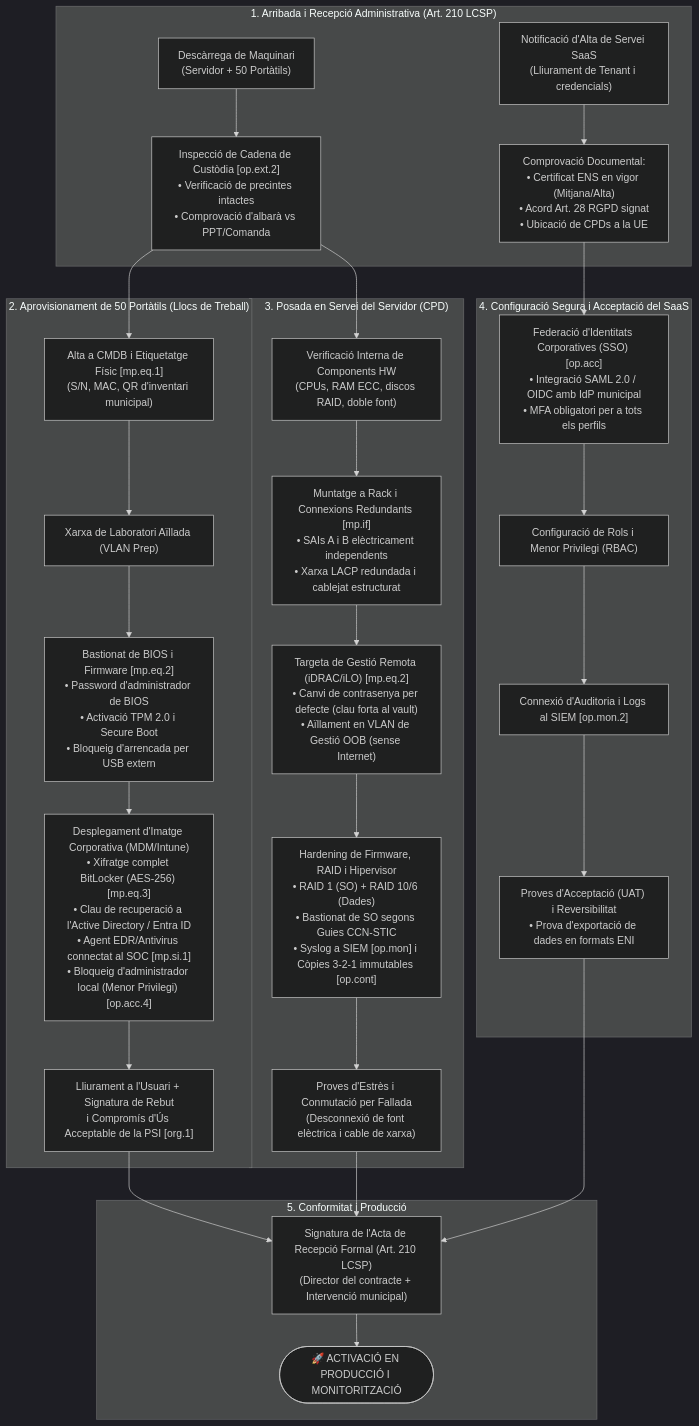
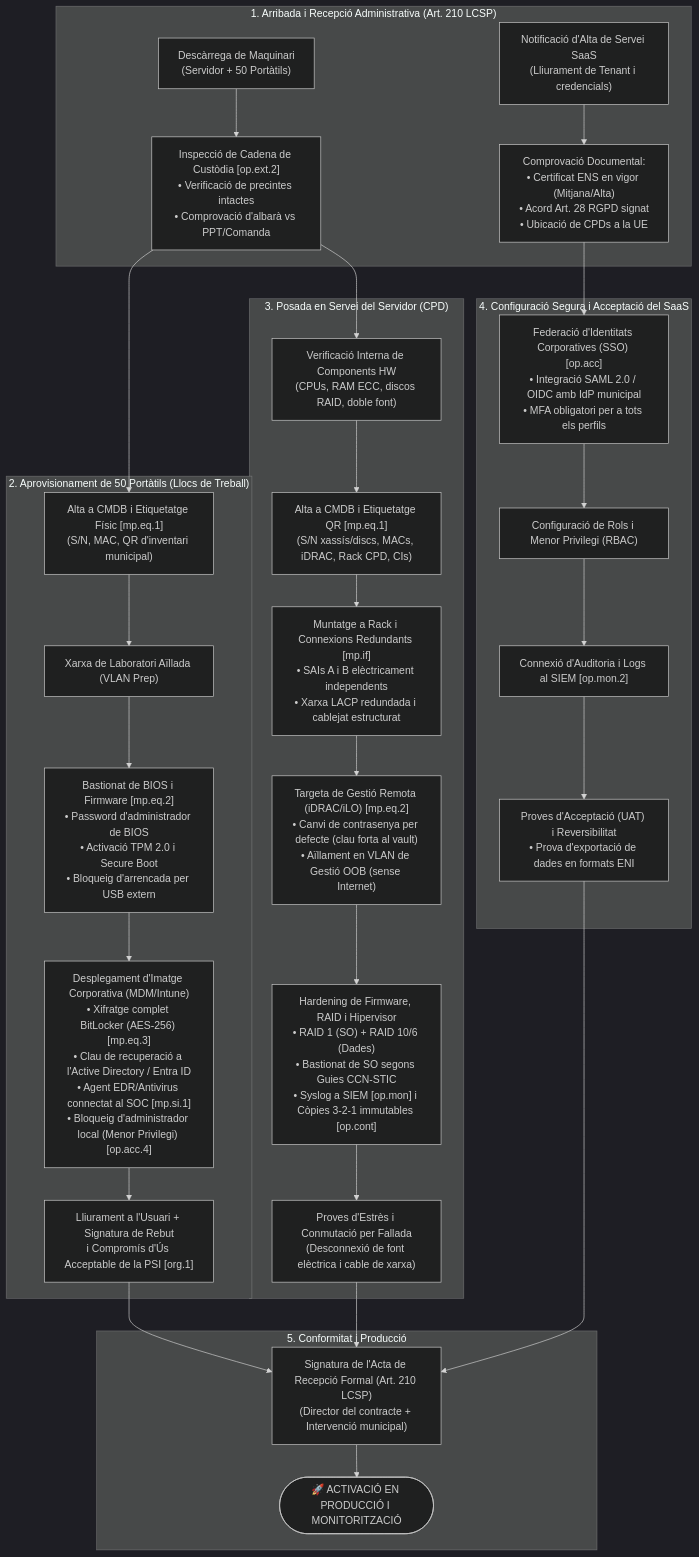
The first of 2 diagrams in recursos/casos_practics/03_recepcio_conformitat_posada_produccio_actius_tic.md (oriolmapu/opo), drawn with Mermaid (dark theme) before and after one commit. The commit also changed other lines of this file, not shown here.

Commit message:
docs: afegir alta a la CMDB del servidor físic i actualitzar diagrama de recepció

````diff
--- a/recursos/casos_practics/03_recepcio_conformitat_posada_produccio_actius_tic.md
+++ b/recursos/casos_practics/03_recepcio_conformitat_posada_produccio_actius_tic.md
@@ -26,35 +26,36 @@
 ```mermaid
 flowchart TD
     subgraph ARRIBADA["1. Arribada i Recepció Administrativa (Art. 210 LCSP)"]
         A_HW["Descàrrega de Maquinari<br/>(Servidor + 50 Portàtils)"] --> B_HW["Inspecció de Cadena de Custòdia [op.ext.2]<br/>• Verificació de precintes intactes<br/>• Comprovació d'albarà vs PPT/Comanda"]
         A_SaaS["Notificació d'Alta de Servei SaaS<br/>(Lliurament de Tenant i credencials)"] --> B_SaaS["Comprovació Documental:<br/>• Certificat ENS en vigor (Mitjana/Alta)<br/>• Acord Art. 28 RGPD signat<br/>• Ubicació de CPDs a la UE"]
     end
 
     subgraph PROCES_PORTATILS["2. Aprovisionament de 50 Portàtils (Llocs de Treball)"]
         B_HW --> C_P1["Alta a CMDB i Etiquetatge Físic [mp.eq.1]<br/>(S/N, MAC, QR d'inventari municipal)"]
         C_P1 --> C_P2["Xarxa de Laboratori Aïllada (VLAN Prep)"]
         C_P2 --> C_P3["Bastionat de BIOS i Firmware [mp.eq.2]<br/>• Password d'administrador de BIOS<br/>• Activació TPM 2.0 i Secure Boot<br/>• Bloqueig d'arrencada per USB extern"]
         C_P3 --> C_P4["Desplegament d'Imatge Corporativa (MDM/Intune)<br/>• Xifratge complet BitLocker (AES-256) [mp.eq.3]<br/>• Clau de recuperació a l'Active Directory / Entra ID<br/>• Agent EDR/Antivirus connectat al SOC [mp.si.1]<br/>• Bloqueig d'administrador local (Menor Privilegi) [op.acc.4]"]
         C_P4 --> C_P5["Lliurament a l'Usuari + Signatura de Rebut<br/>i Compromís d'Ús Acceptable de la PSI [org.1]"]
     end
 
     subgraph PROCES_SERVIDOR["3. Posada en Servei del Servidor (CPD)"]
         B_HW --> S_S1["Verificació Interna de Components HW<br/>(CPUs, RAM ECC, discos RAID, doble font)"]
-        S_S1 --> S_S2["Muntatge a Rack i Connexions Redundants [mp.if]<br/>• SAIs A i B elèctricament independents<br/>• Xarxa LACP redundada i cablejat estructurat"]
-        S_S2 --> S_S3["Targeta de Gestió Remota (iDRAC/iLO) [mp.eq.2]<br/>• Canvi de contrasenya per defecte (clau forta al vault)<br/>• Aïllament en VLAN de Gestió OOB (sense Internet)"]
-        S_S3 --> S_S4["Hardening de Firmware, RAID i Hipervisor<br/>• RAID 1 (SO) + RAID 10/6 (Dades)<br/>• Bastionat de SO segons Guies CCN-STIC<br/>• Syslog a SIEM [op.mon] i Còpies 3-2-1 immutables [op.cont]"]
-        S_S4 --> S_S5["Proves d'Estrès i Conmutació per Fallada<br/>(Desconnexió de font elèctrica i cable de xarxa)"]
+        S_S1 --> S_S2["Alta a CMDB i Etiquetatge QR [mp.eq.1]<br/>(S/N xassís/discs, MACs, iDRAC, Rack CPD, CIs)"]
+        S_S2 --> S_S3["Muntatge a Rack i Connexions Redundants [mp.if]<br/>• SAIs A i B elèctricament independents<br/>• Xarxa LACP redundada i cablejat estructurat"]
+        S_S3 --> S_S4["Targeta de Gestió Remota (iDRAC/iLO) [mp.eq.2]<br/>• Canvi de contrasenya per defecte (clau forta al vault)<br/>• Aïllament en VLAN de Gestió OOB (sense Internet)"]
+        S_S4 --> S_S5["Hardening de Firmware, RAID i Hipervisor<br/>• RAID 1 (SO) + RAID 10/6 (Dades)<br/>• Bastionat de SO segons Guies CCN-STIC<br/>• Syslog a SIEM [op.mon] i Còpies 3-2-1 immutables [op.cont]"]
+        S_S5 --> S_S6["Proves d'Estrès i Conmutació per Fallada<br/>(Desconnexió de font elèctrica i cable de xarxa)"]
     end
 
     subgraph PROCES_SAAS["4. Configuració Segura i Acceptació del SaaS"]
         B_SaaS --> CS_1["Federació d'Identitats Corporatives (SSO) [op.acc]<br/>• Integració SAML 2.0 / OIDC amb IdP municipal<br/>• MFA obligatori per a tots els perfils"]
         CS_1 --> CS_2["Configuració de Rols i Menor Privilegi (RBAC)"]
         CS_2 --> CS_3["Connexió d'Auditoria i Logs al SIEM [op.mon.2]"]
         CS_3 --> CS_4["Proves d'Acceptació (UAT) i Reversibilitat<br/>• Prova d'exportació de dades en formats ENI"]
     end
 
     subgraph FINALITACIO["5. Conformitat i Producció"]
-        C_P5 & S_S5 & CS_4 --> ACTA["Signatura de l'Acta de Recepció Formal (Art. 210 LCSP)<br/>(Director del contracte + Intervenció municipal)"]
+        C_P5 & S_S6 & CS_4 --> ACTA["Signatura de l'Acta de Recepció Formal (Art. 210 LCSP)<br/>(Director del contracte + Intervenció municipal)"]
         ACTA --> PROD(["🚀 ACTIVACIÓ EN PRODUCCIÓ I MONITORITZACIÓ"])
     end
 ```
````
